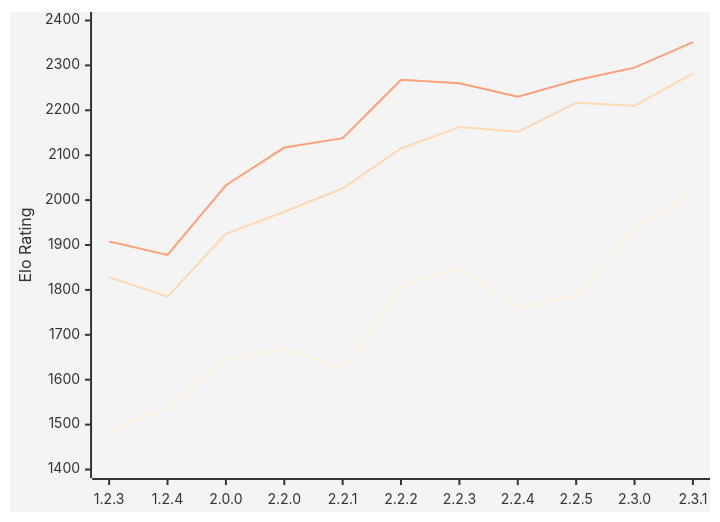
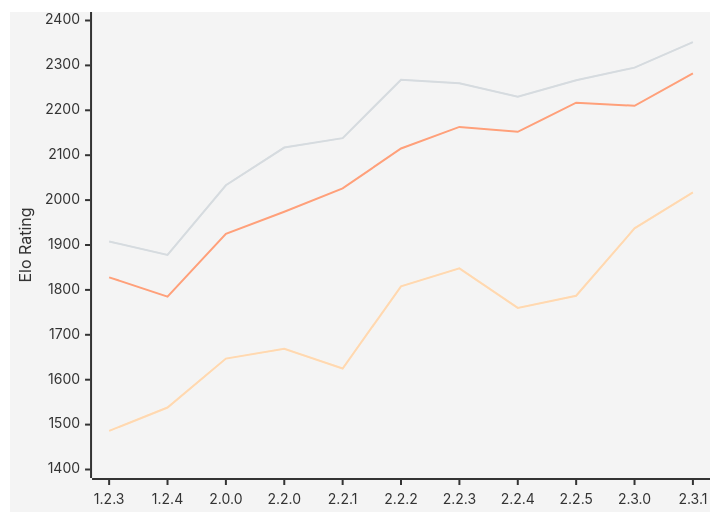
The first of 2 diagrams in engines/Kreveta.md (computer-chess-index/cci), drawn with Mermaid before and after one commit. The commit also changed other lines of this file, not shown here.

Commit message:
Update CCI Ratings (ELO VLTC) - 2026-05-17

````diff
--- a/engines/Kreveta.md
+++ b/engines/Kreveta.md
@@ -43,9 +43,11 @@
 ```mermaid
 %%{init: {"theme":"base","themeVariables":{"seriesColors":["#6e6e6e","#f4a261","#2a9d8f"]}}}%%
 xychart-beta
   x-axis ["1.2.3", "1.2.4", "2.0.0", "2.2.0", "2.2.1", "2.2.2", "2.2.3", "2.2.4", "2.2.5", "2.3.0", "2.3.1"]
   y-axis "Elo Rating" 1400 --> 2400
   line "① STC (8.0+0.08s)" [1486, 1538, 1647, 1669, 1625, 1808, 1848, 1760, 1787, 1937, 2017]
+  line "① STC (8.0+0.08s)" [1486, 1538, 1647, 1669, 1625, 1808, 1848, 1760, 1787, 1937, 2017]
   line "② LTC (60.0+0.60s)" [1828, 1785, 1925, 1974, 2026, 2115, 2163, 2152, 2217, 2210, 2282]
   line "③ VLTC (2m24s+1.12s)" [1908, 1878, 2033, 2117, 2138, 2268, 2260, 2230, 2267, 2295, 2352]
+  line "③ VLTC (2m24s+1.12s)" [1908, 1878, 2033, 2117, 2138, 2268, 2260, 2230, 2267, 2295, 2352]
 ```
````
